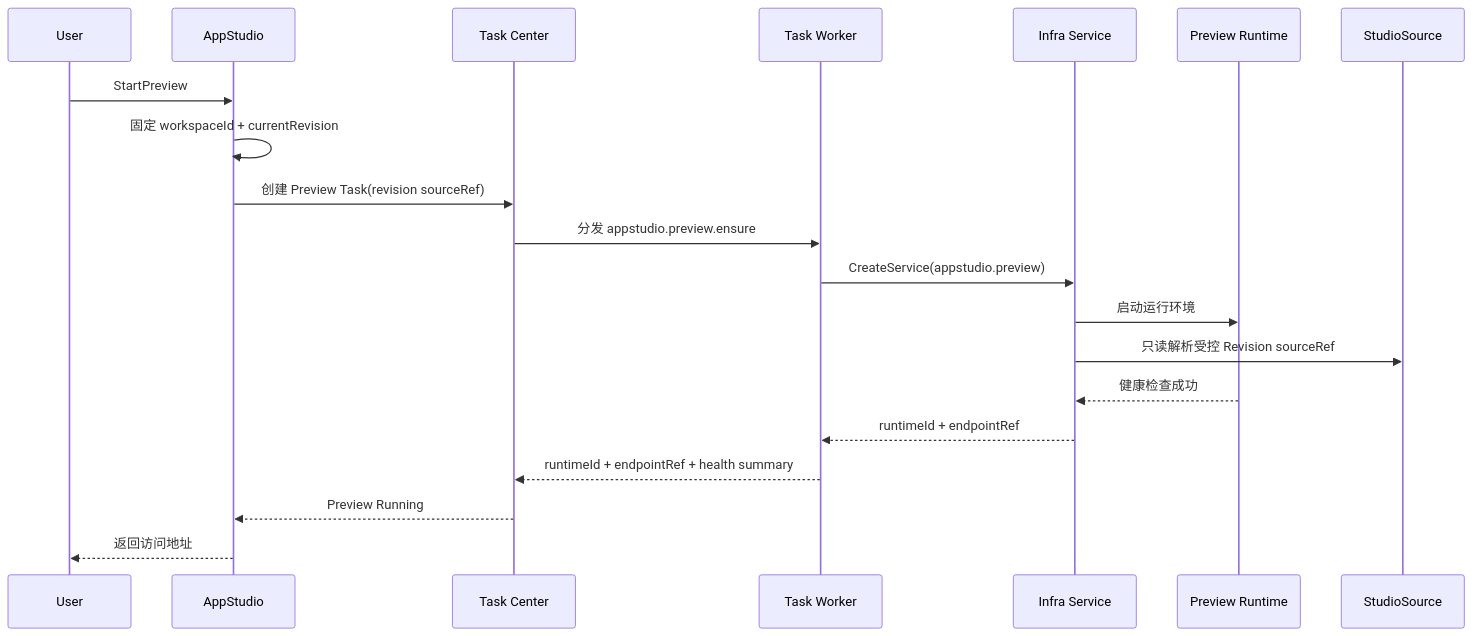
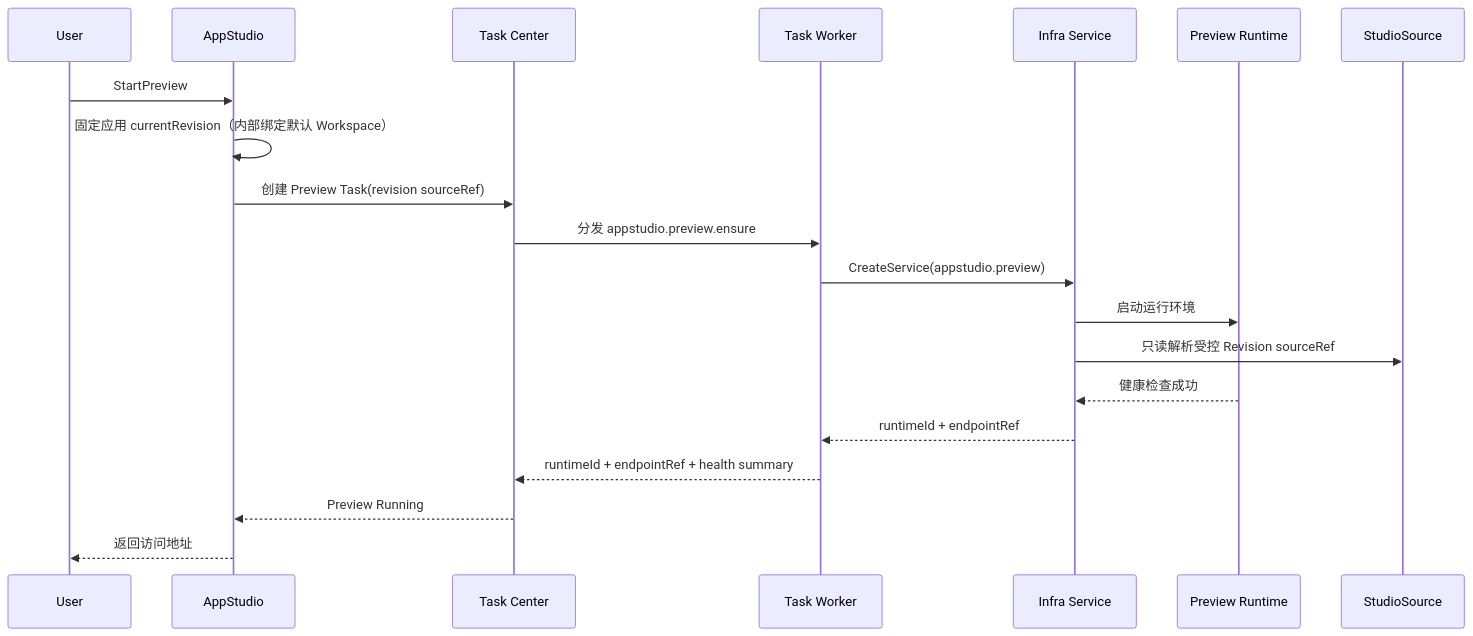
The fifth of 11 diagrams in 00_product/domains/appstudio/product-spec.md (wangweihong/omnimam-spec), drawn with Mermaid before and after one commit. The commit also changed other lines of this file and 23 other files, not shown here.

````diff
--- a/00_product/domains/appstudio/product-spec.md
+++ b/00_product/domains/appstudio/product-spec.md
@@ -1258,23 +1260,23 @@
 ```mermaid
 sequenceDiagram
     participant U as User
     participant ST as AppStudio
     participant TC as Task Center
     participant TW as Task Worker
     participant INFRA as Infra Service
     participant PR as Preview Runtime
     participant SS as StudioSource
 
     U->>ST: StartPreview
-    ST->>ST: 固定 workspaceId + currentRevision
+    ST->>ST: 固定应用 currentRevision（内部绑定默认 Workspace）
     ST->>TC: 创建 Preview Task(revision sourceRef)
     TC->>TW: 分发 appstudio.preview.ensure
     TW->>INFRA: CreateService(appstudio.preview)
     INFRA->>PR: 启动运行环境
     INFRA->>SS: 只读解析受控 Revision sourceRef
     PR-->>INFRA: 健康检查成功
     INFRA-->>TW: runtimeId + endpointRef
     TW-->>TC: runtimeId + endpointRef + health summary
     TC-->>ST: Preview Running
     ST-->>U: 返回访问地址
 ```
````
